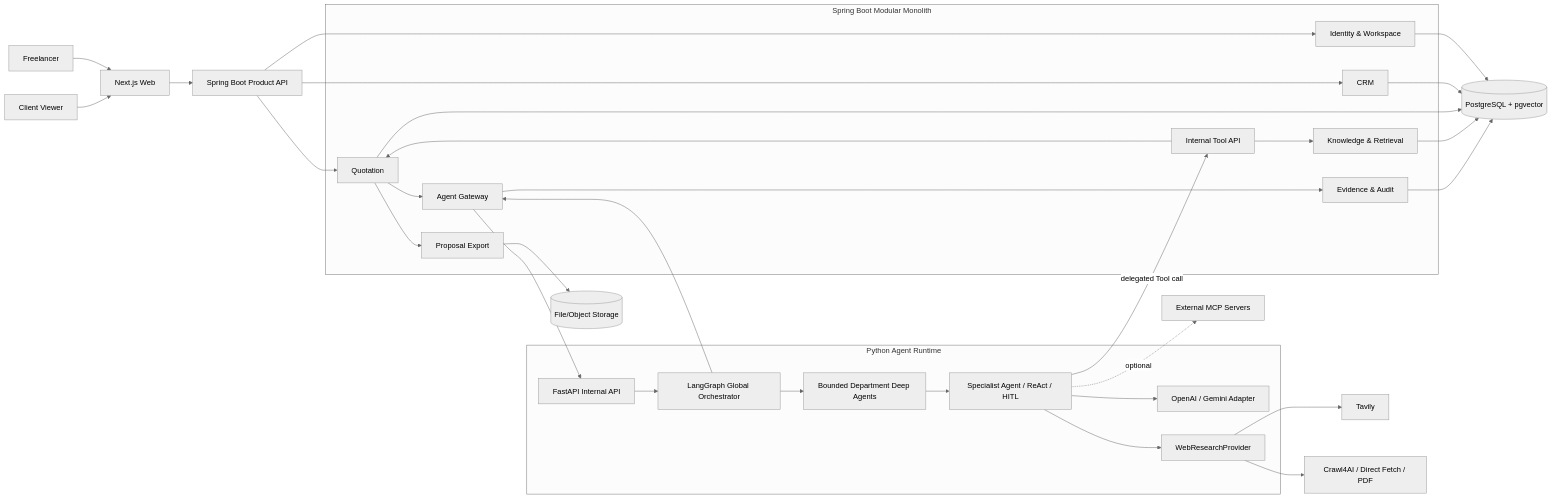
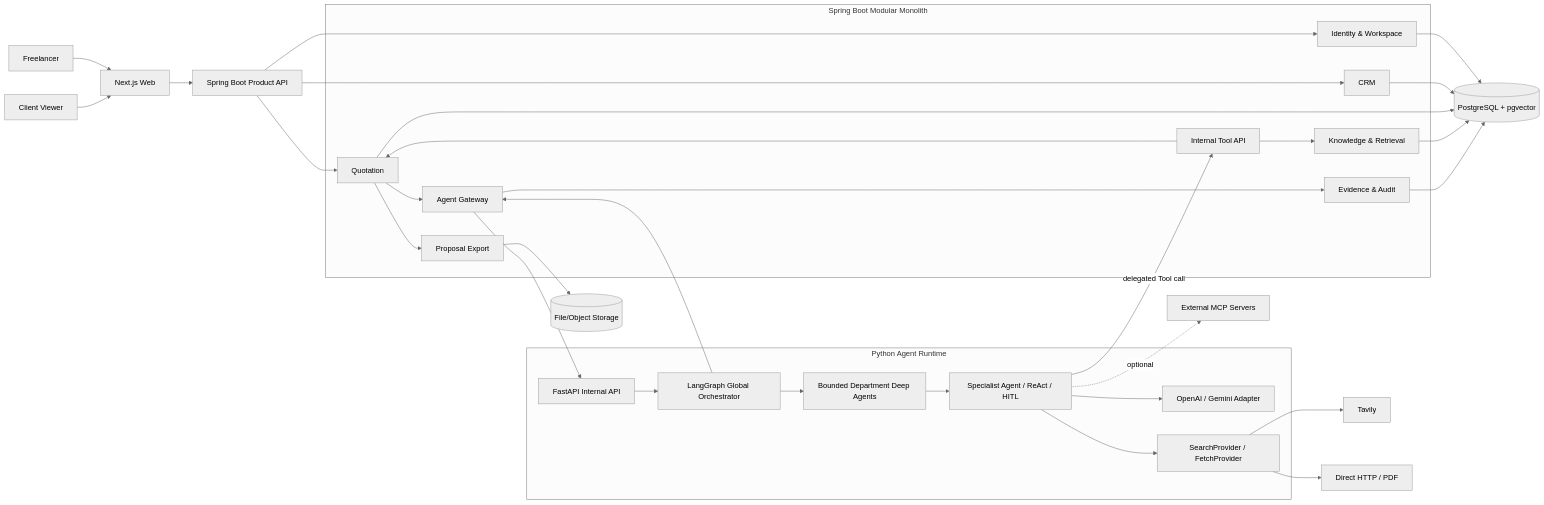
One commit to jomkeu3369/Freelance-Ops-Agent changed the first of 4 diagrams in docs/V2_SPECIFICATION.md. Above: the diagram before and after it, drawn with Mermaid (neutral theme). The commit also changed other lines of this file and 14 other files, not shown here.

````diff
--- a/docs/V2_SPECIFICATION.md
+++ b/docs/V2_SPECIFICATION.md
@@ -266,53 +266,53 @@
 ```mermaid
 flowchart LR
     U["Freelancer"] --> FE["Next.js Web"]
     C["Client Viewer"] --> FE
     FE --> API["Spring Boot Product API"]
 
     subgraph APP["Spring Boot Modular Monolith"]
         ID["Identity & Workspace"]
         CRM["CRM"]
         QUOTE["Quotation"]
         GATE["Agent Gateway"]
         TOOLS["Internal Tool API"]
         KNOW["Knowledge & Retrieval"]
         EVID["Evidence & Audit"]
         EXPORT["Proposal Export"]
     end
 
     subgraph AIR["Python Agent Runtime"]
         FAST["FastAPI Internal API"]
         GRAPH["LangGraph Global Orchestrator"]
         DEPT["Bounded Department Deep Agents"]
         SPEC["Specialist Agent / ReAct / HITL"]
         MODEL["OpenAI / Gemini Adapter"]
-        WEB["WebResearchProvider"]
+        WEB["SearchProvider / FetchProvider"]
     end
 
     API --> ID
     API --> CRM
     API --> QUOTE
     QUOTE --> GATE
     GATE --> FAST
     FAST --> GRAPH
     GRAPH --> DEPT
     DEPT --> SPEC
     SPEC --> MODEL
     SPEC --> WEB
     SPEC -->|"delegated Tool call"| TOOLS
     TOOLS --> KNOW
     TOOLS --> QUOTE
     GRAPH --> GATE
     GATE --> EVID
     QUOTE --> EXPORT
 
     ID --> PG[("PostgreSQL + pgvector")]
     CRM --> PG
     QUOTE --> PG
     KNOW --> PG
     EVID --> PG
     EXPORT --> FS[("File/Object Storage")]
     WEB --> TAVILY["Tavily"]
-    WEB --> CRAWL["Crawl4AI / Direct Fetch / PDF"]
+    WEB --> FETCH["Direct HTTP / PDF"]
     SPEC -. optional .-> MCP["External MCP Servers"]
 ```
````
